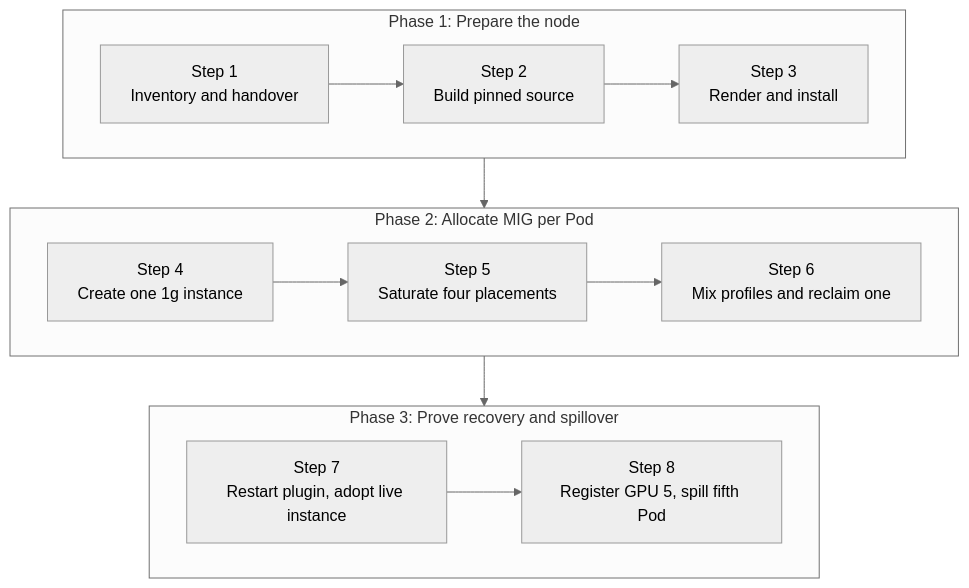
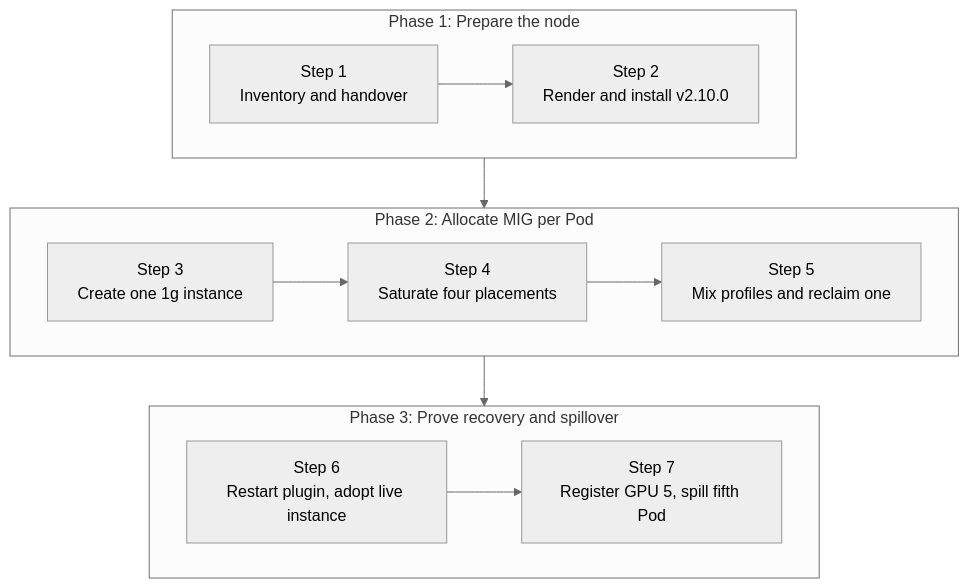
One commit to Project-HAMi/website changed the diagram in tutorials/labs/dynamic-mig-rtx-pro.md. Above: the diagram before and after it, drawn with Mermaid (neutral theme). The commit also changed other lines of this file and 2 other files, not shown here.

````diff
--- a/tutorials/labs/dynamic-mig-rtx-pro.md
+++ b/tutorials/labs/dynamic-mig-rtx-pro.md
@@ -42,17 +36,17 @@
 ```mermaid
 %% title: Dynamic MIG Lifecycle Lab Flow
 flowchart TB
     subgraph P1["Phase 1: Prepare the node"]
         direction LR
-        S1["Step 1<br/>Inventory and handover"] --> S2["Step 2<br/>Build pinned source"] --> S3["Step 3<br/>Render and install"]
+        S1["Step 1<br/>Inventory and handover"] --> S2["Step 2<br/>Render and install v2.10.0"]
     end
     subgraph P2["Phase 2: Allocate MIG per Pod"]
         direction LR
-        S4["Step 4<br/>Create one 1g instance"] --> S5["Step 5<br/>Saturate four placements"] --> S6["Step 6<br/>Mix profiles and reclaim one"]
+        S3["Step 3<br/>Create one 1g instance"] --> S4["Step 4<br/>Saturate four placements"] --> S5["Step 5<br/>Mix profiles and reclaim one"]
     end
     subgraph P3["Phase 3: Prove recovery and spillover"]
         direction LR
-        S7["Step 7<br/>Restart plugin, adopt live instance"] --> S8["Step 8<br/>Register GPU 5, spill fifth Pod"]
+        S6["Step 6<br/>Restart plugin, adopt live instance"] --> S7["Step 7<br/>Register GPU 5, spill fifth Pod"]
     end
     P1 --> P2 --> P3
 ```
````
